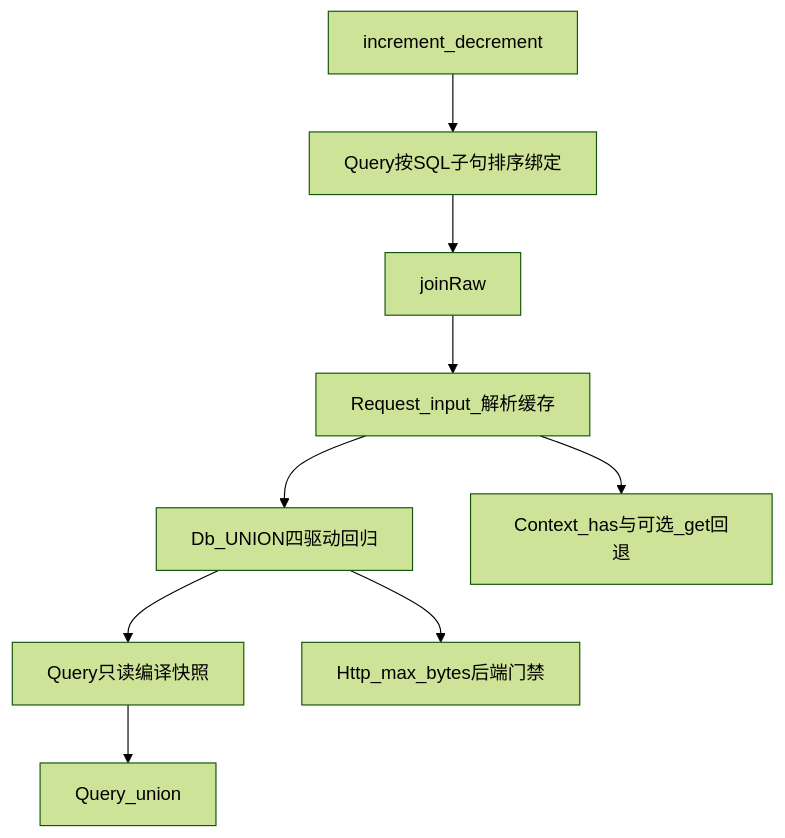
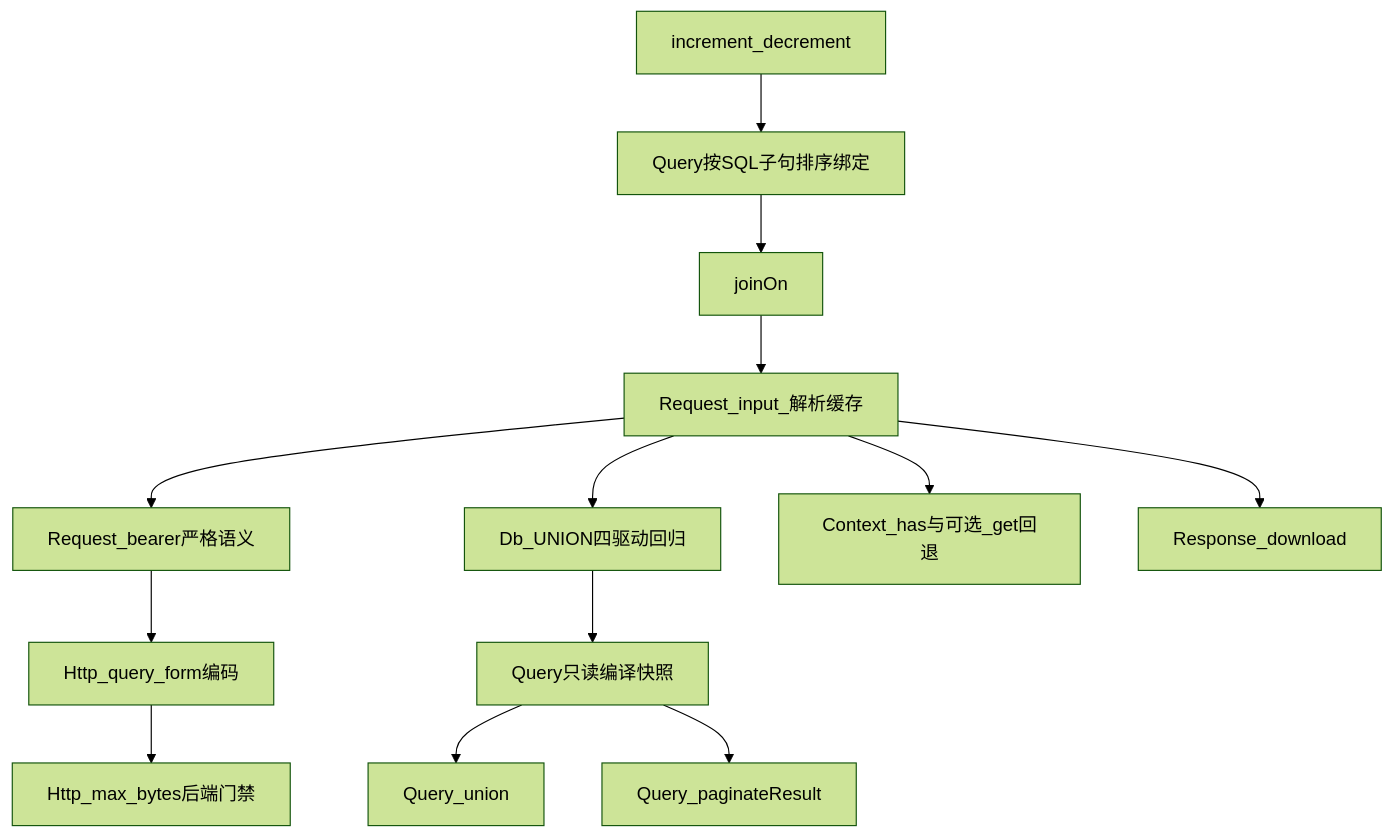
One commit to sasou/gene changed the diagram in plan/typical-usage-gaps.md. Above: the diagram before and after it, drawn with Mermaid (forest theme). The commit also changed other lines of this file and 32 other files, not shown here.

First line of the commit message:
feat: ORM union/joinOn/increment, Http validation, Request::input, Context __get

````diff
--- a/plan/typical-usage-gaps.md
+++ b/plan/typical-usage-gaps.md
@@ -371,17 +591,23 @@
 ```mermaid
 flowchart TD
   inc[increment_decrement]
   bind[Query按SQL子句排序绑定]
-  join[joinRaw]
+  join[joinOn]
   input[Request_input_解析缓存]
+  bearer[Request_bearer严格语义]
+  httpenc[Http_query_form编码]
   dbu[Db_UNION四驱动回归]
   compile[Query只读编译快照]
   union[Query_union]
+  page[Query_paginateResult]
   ctx[Context_has与可选_get回退]
+  download[Response_download]
   maxb[Http_max_bytes后端门禁]
   inc --> bind --> join
-  join --> input
+  join --> input --> bearer --> httpenc
   input --> dbu --> compile --> union
+  compile --> page
   input --> ctx
-  dbu --> maxb
+  input --> download
+  httpenc --> maxb
 ```
````
